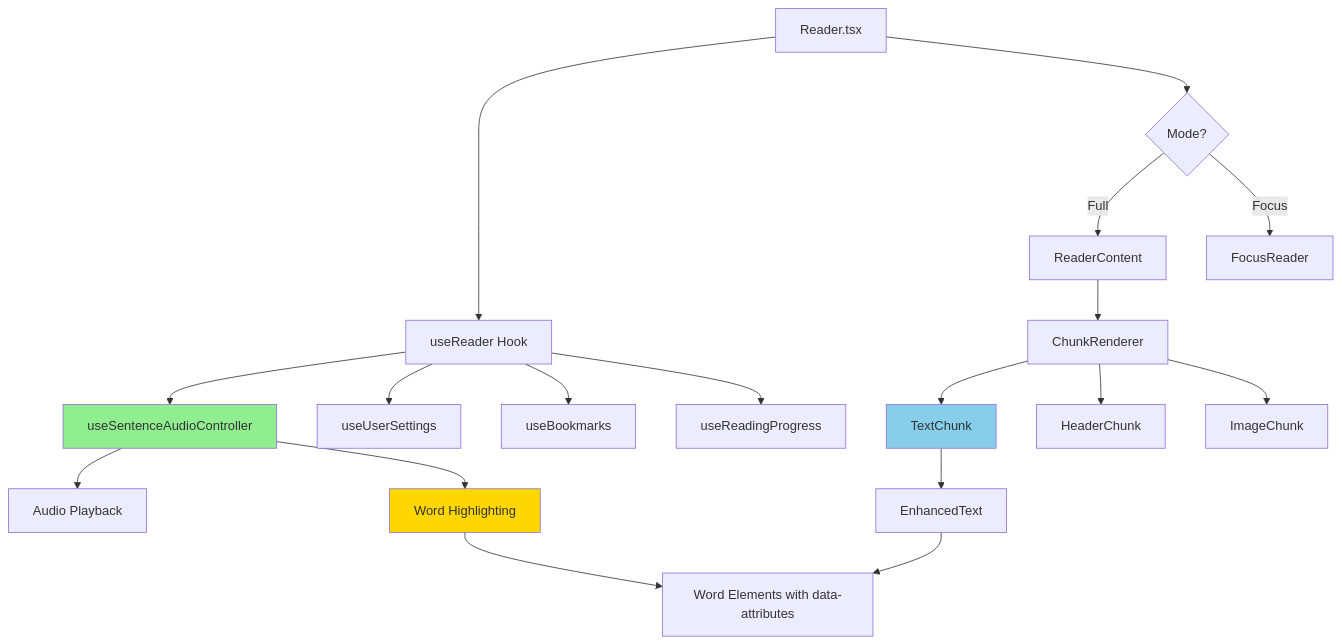
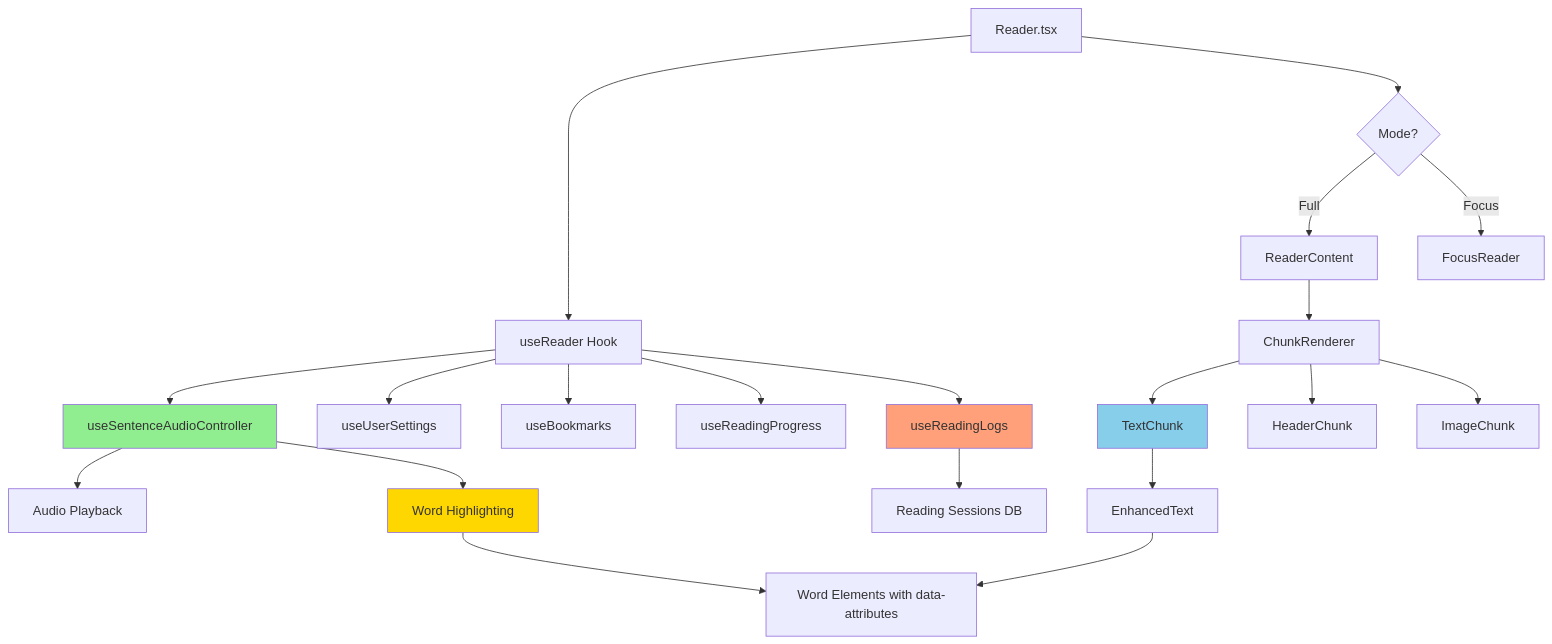
Before and after one commit to gileck/book-reader-app: the first of 4 diagrams in src/client/routes/Reader/README.md, drawn with Mermaid. The commit also changed other lines of this file and 3 other files, not shown here.

First line of the commit message:
fix: Reading sessions not updating in history page

````diff
--- a/src/client/routes/Reader/README.md
+++ b/src/client/routes/Reader/README.md
@@ -62,29 +62,33 @@
 ```mermaid
 graph TB
     A[Reader.tsx] --> B[useReader Hook]
     B --> C[useSentenceAudioController]
     B --> D[useUserSettings]
     B --> E[useBookmarks]
     B --> F[useReadingProgress]
+    B --> G[useReadingLogs]
     
-    C --> G[Audio Playback]
-    C --> H[Word Highlighting]
+    C --> H[Audio Playback]
+    C --> I[Word Highlighting]
     
-    A --> I{Mode?}
-    I -->|Full| J[ReaderContent]
-    I -->|Focus| K[FocusReader]
+    G --> J[Reading Sessions DB]
     
-    J --> L[ChunkRenderer]
-    L --> M[TextChunk]
-    L --> N[HeaderChunk]
-    L --> O[ImageChunk]
+    A --> K{Mode?}
+    K -->|Full| L[ReaderContent]
+    K -->|Focus| M[FocusReader]
     
-    M --> P[EnhancedText]
-    P --> Q[Word Elements with data-attributes]
+    L --> N[ChunkRenderer]
+    N --> O[TextChunk]
+    N --> P[HeaderChunk]
+    N --> Q[ImageChunk]
     
-    H --> Q
+    O --> R[EnhancedText]
+    R --> S[Word Elements with data-attributes]
+    
+    I --> S
     
     style C fill:#90EE90
-    style H fill:#FFD700
-    style M fill:#87CEEB
+    style I fill:#FFD700
+    style O fill:#87CEEB
+    style G fill:#FFA07A
 ```
````
